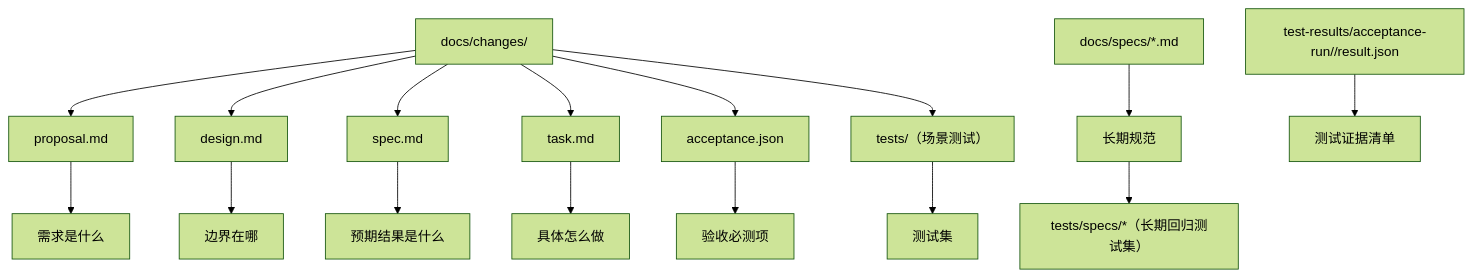
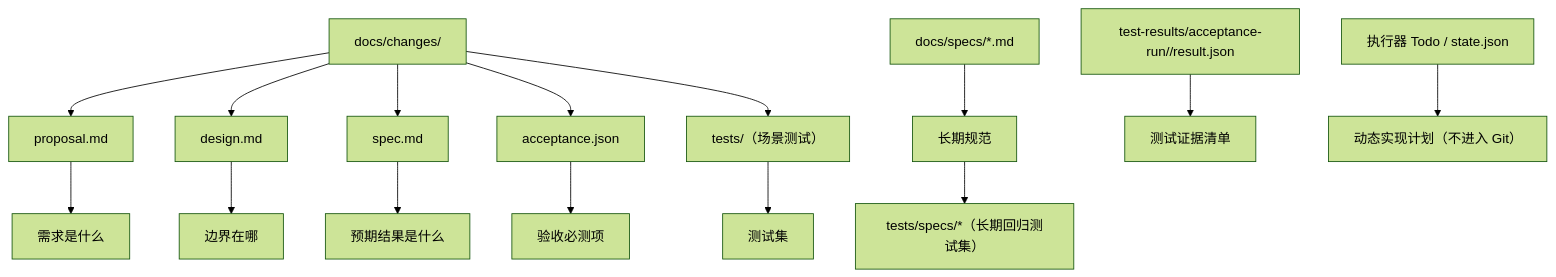
One commit to xbugs221/oz changed the second of 4 diagrams in README.md. Above: the diagram before and after it, drawn with Mermaid (forest theme). The commit also changed other lines of this file and 70 other files, not shown here.

````diff
--- a/README.md
+++ b/README.md
@@ -49,18 +49,17 @@
 ```mermaid
 flowchart TD
     C["docs/changes/<N-需求>"] --> P["proposal.md"]
     P --> P1["需求是什么"]
     C --> D["design.md"]
     D --> D1["边界在哪"]
     C --> S["spec.md"]
     S --> S1["预期结果是什么"]
-    C --> T["task.md"]
-    T --> T1["具体怎么做"]
     C --> A["acceptance.json"]
     A --> A1["验收必测项"]
     C --> UT["tests/（场景测试）"]
     UT --> UT1["测试集"]
     M["docs/specs/*.md"] --> LM["长期规范"]
     LM --> RS["tests/specs/*（长期回归测试集）"]
     R["test-results/acceptance-run/<change>/result.json"] --> E["测试证据清单"]
+    RT["执行器 Todo / state.json"] --> DP["动态实现计划（不进入 Git）"]
 ```
````
